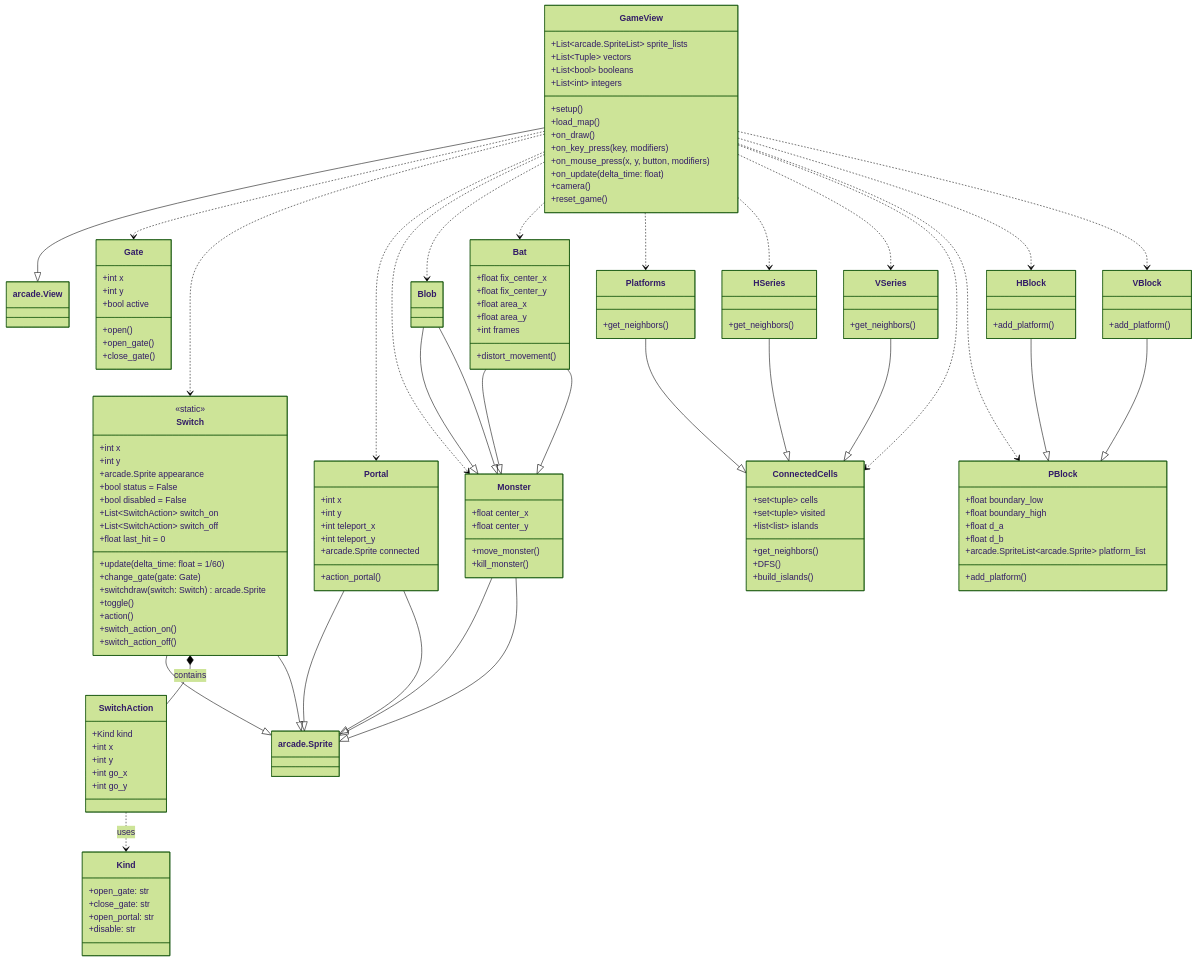
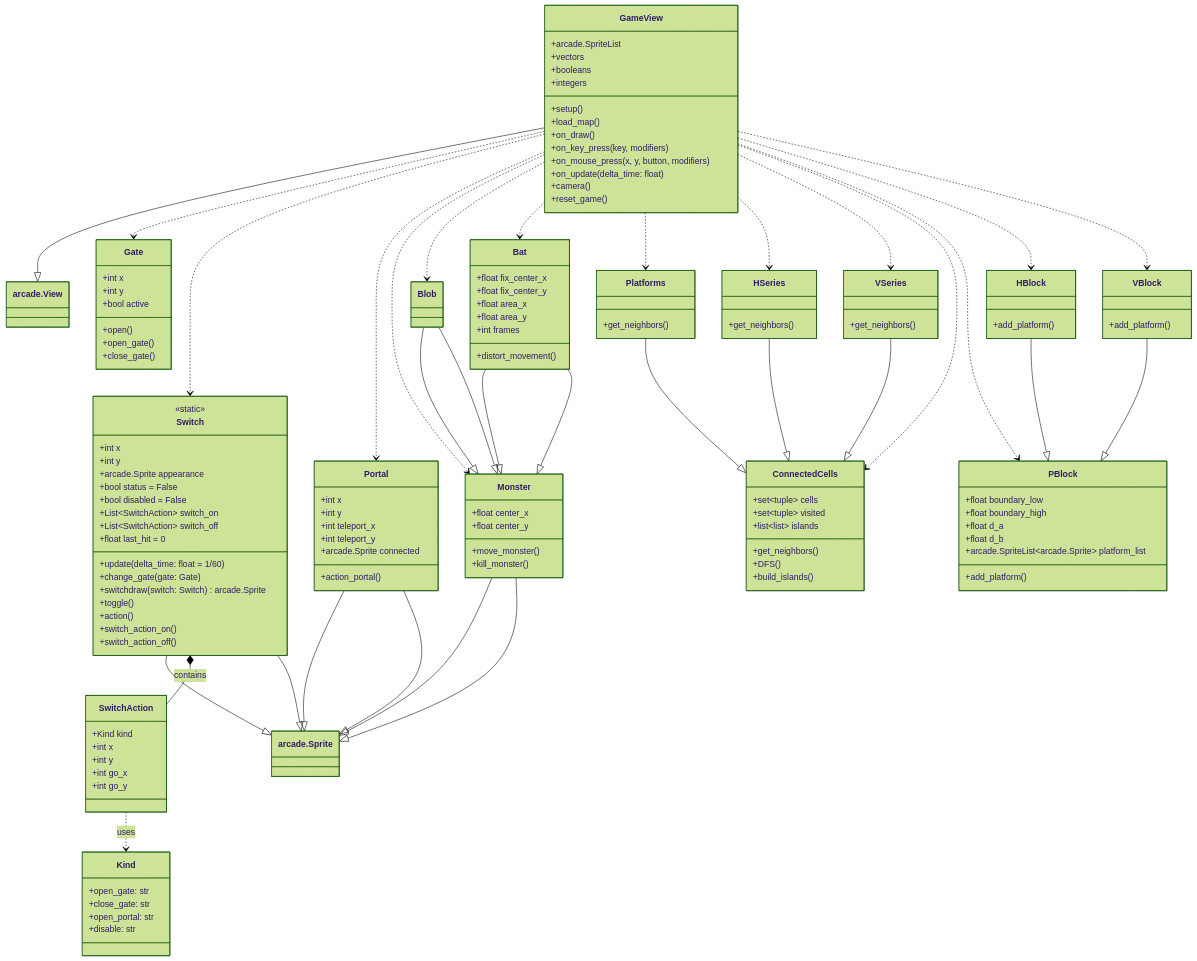
Before and after one commit to Henrigcia/Projet.python: the diagram in DESIGN.md, drawn with Mermaid (forest theme). The commit also changed other lines of this file and 19 other files, not shown here.

```diff
--- a/DESIGN.md
+++ b/DESIGN.md
@@ -15,10 +15,10 @@
 
 %% GameView
 class GameView {
-    +List~arcade.SpriteList~ sprite_lists
-    +List~Tuple~ vectors
-    +List~bool~ booleans
-    +List~int~ integers
+    +arcade.SpriteList
+    +vectors
+    +booleans
+    +integers
 
     +setup()
     +load_map()
```
